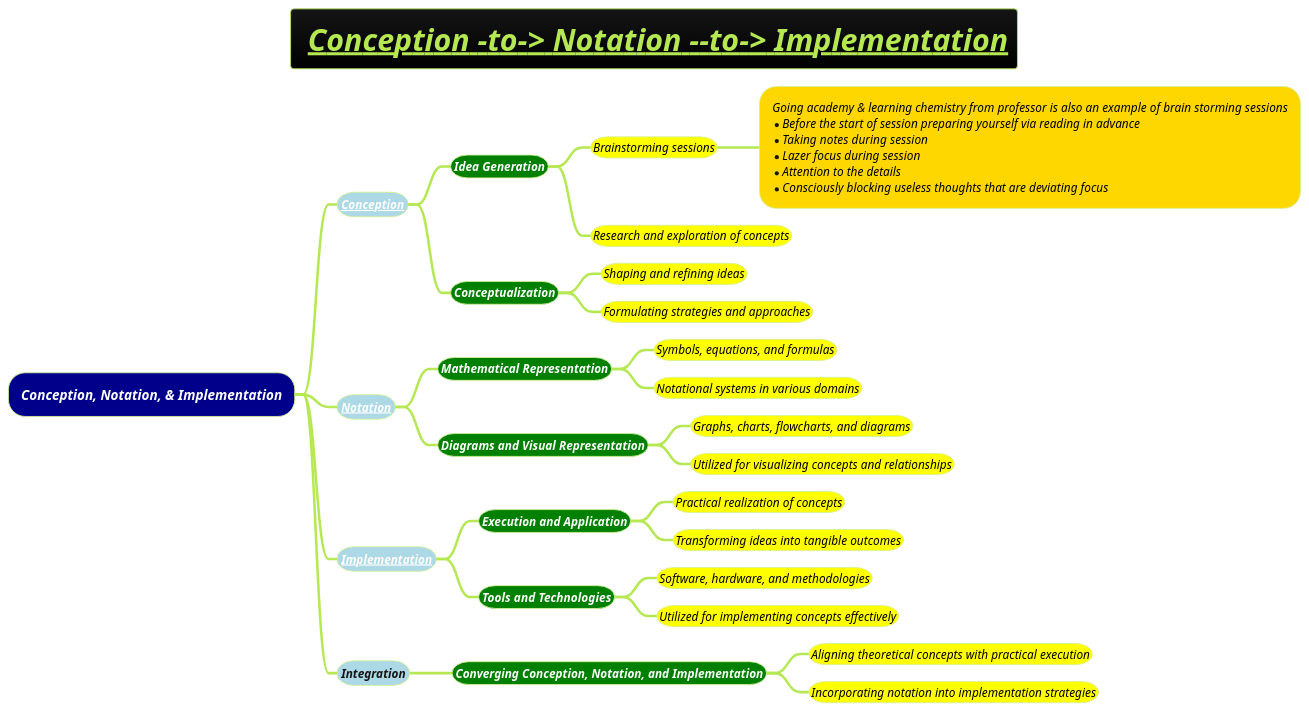
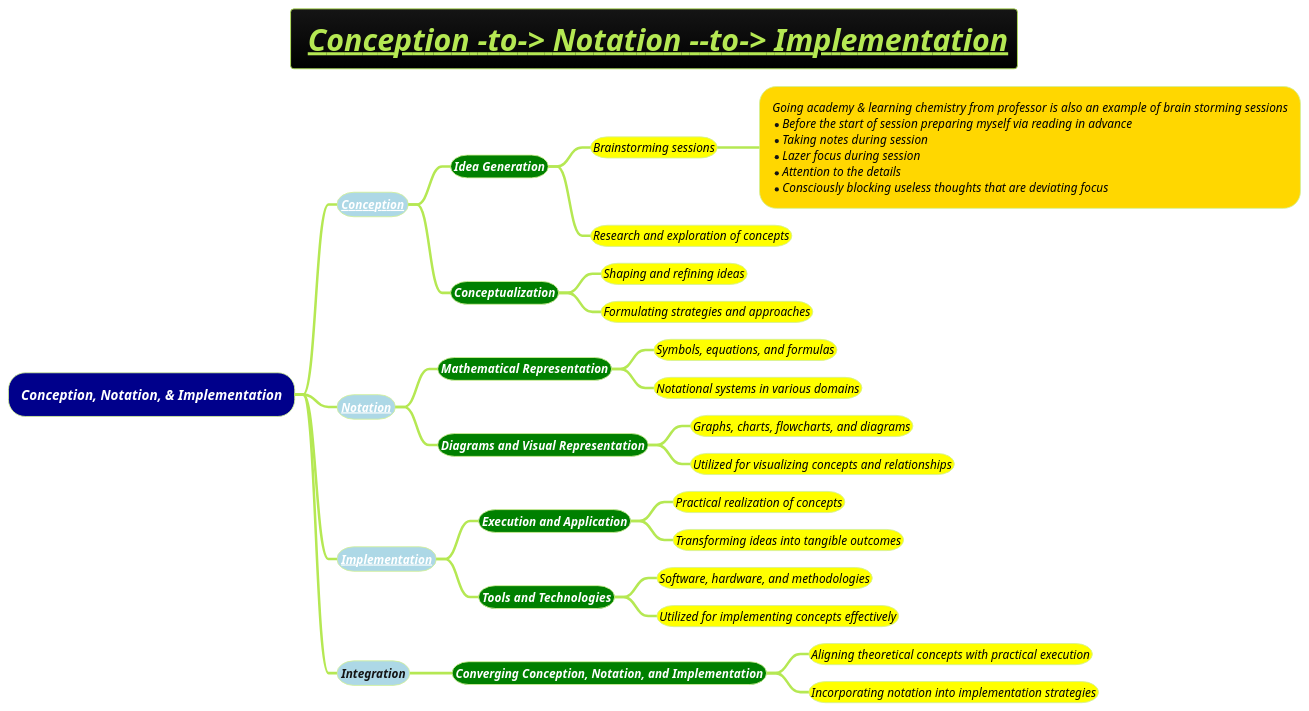
The diagram in docs/3-programming-languages/Venkat-Subramaniam/Conception-Notation-and-Implementation.puml (MehmoodHashmi/Documentation-as-Code-DaC), drawn with PlantUML before and after one commit. The commit also changed 22 other files, not shown here.

```diff
--- a/docs/3-programming-languages/Venkat-Subramaniam/Conception-Notation-and-Implementation.puml
+++ b/docs/3-programming-languages/Venkat-Subramaniam/Conception-Notation-and-Implementation.puml
@@ -1,38 +1,38 @@
 @startmindmap
 title =<i><b><u> Conception -to-> Notation --to-> Implementation
 !theme hacker
 
 *[#darkblue] <i><color:#white>Conception, Notation, & Implementation
 **[#lightblue] <i><color #blac><size:14>[[docs/3-programming-languages/Venkat-Subramaniam/Conception.puml Conception]]
 ***[#green] <b><i><color #white><size:14>Idea Generation
 ****[#yellow] <i><color #black><size:14>Brainstorming sessions
 *****[#gold]:<i><color #black><size:14>Going academy & learning chemistry from professor is also an example of brain storming sessions
-*<i><color #black><size:14>Before the start of session preparing yourself via reading in advance
+*<i><color #black><size:14>Before the start of session preparing myself via reading in advance
 *<i><color #black><size:14>Taking notes during session
 *<i><color #black><size:14>Lazer focus during session
 *<i><color #black><size:14>Attention to the details
 *<i><color #black><size:14>Consciously blocking useless thoughts that are deviating focus;
 
 ****[#yellow] <i><color #black><size:14>Research and exploration of concepts
 ***[#green] <b><i><color #white><size:14>Conceptualization
 ****[#yellow] <i><color #black><size:14>Shaping and refining ideas
 ****[#yellow] <i><color #black><size:14>Formulating strategies and approaches
 **[#lightblue] <i><color #blac><size:14>[[docs/3-programming-languages/Venkat-Subramaniam/Notation.puml Notation]]
 ***[#green] <b><i><color #white><size:14>Mathematical Representation
 ****[#yellow] <i><color #black><size:14>Symbols, equations, and formulas
 ****[#yellow] <i><color #black><size:14>Notational systems in various domains
 ***[#green] <b><i><color #white><size:14>Diagrams and Visual Representation
 ****[#yellow] <i><color #black><size:14>Graphs, charts, flowcharts, and diagrams
 ****[#yellow] <i><color #black><size:14>Utilized for visualizing concepts and relationships
 **[#lightblue] <i><color #blac><size:14>[[docs/3-programming-languages/Venkat-Subramaniam/Implementation.puml Implementation]]
 ***[#green] <b><i><color #white><size:14>Execution and Application
 ****[#yellow] <i><color #black><size:14>Practical realization of concepts
 ****[#yellow] <i><color #black><size:14>Transforming ideas into tangible outcomes
 ***[#green] <b><i><color #white><size:14>Tools and Technologies
 ****[#yellow] <i><color #black><size:14>Software, hardware, and methodologies
 ****[#yellow] <i><color #black><size:14>Utilized for implementing concepts effectively
 **[#lightblue] <i><color #blac><size:14>Integration
 ***[#green] <b><i><color #white><size:14>Converging Conception, Notation, and Implementation
 ****[#yellow] <i><color #black><size:14>Aligning theoretical concepts with practical execution
 ****[#yellow] <i><color #black><size:14>Incorporating notation into implementation strategies
 @endmindmap
```
